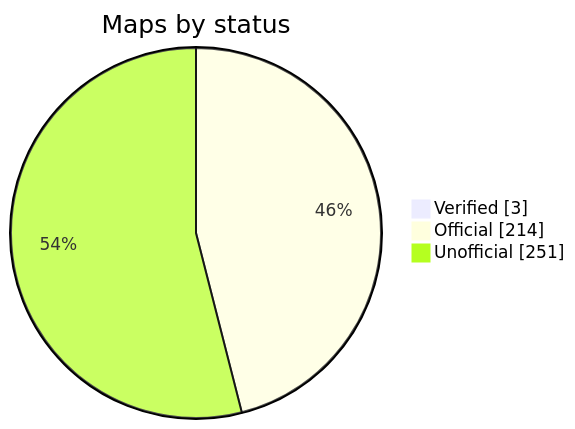
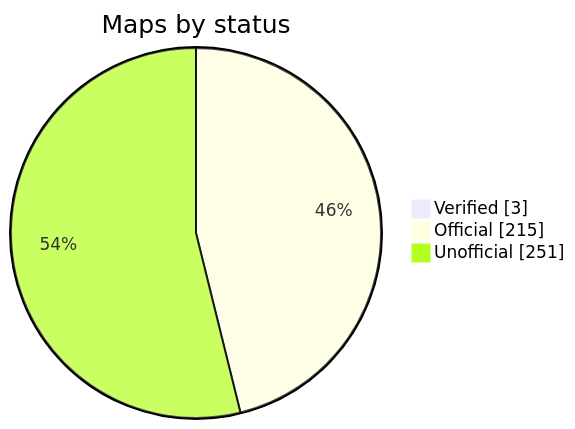
Before and after one commit to nobrega8/mbmap-library: the diagram in README.md, drawn with Mermaid. The commit also changed 2 other files, not shown here.

Commit message:
Add FoxESS inverter map from the Modbus definition V1.05.04.00

````diff
--- a/README.md
+++ b/README.md
@@ -48,7 +48,7 @@
 ```mermaid
 pie showData
     title Maps by status
     "Verified" : 3
-    "Official" : 214
+    "Official" : 215
     "Unofficial" : 251
 ```
````
